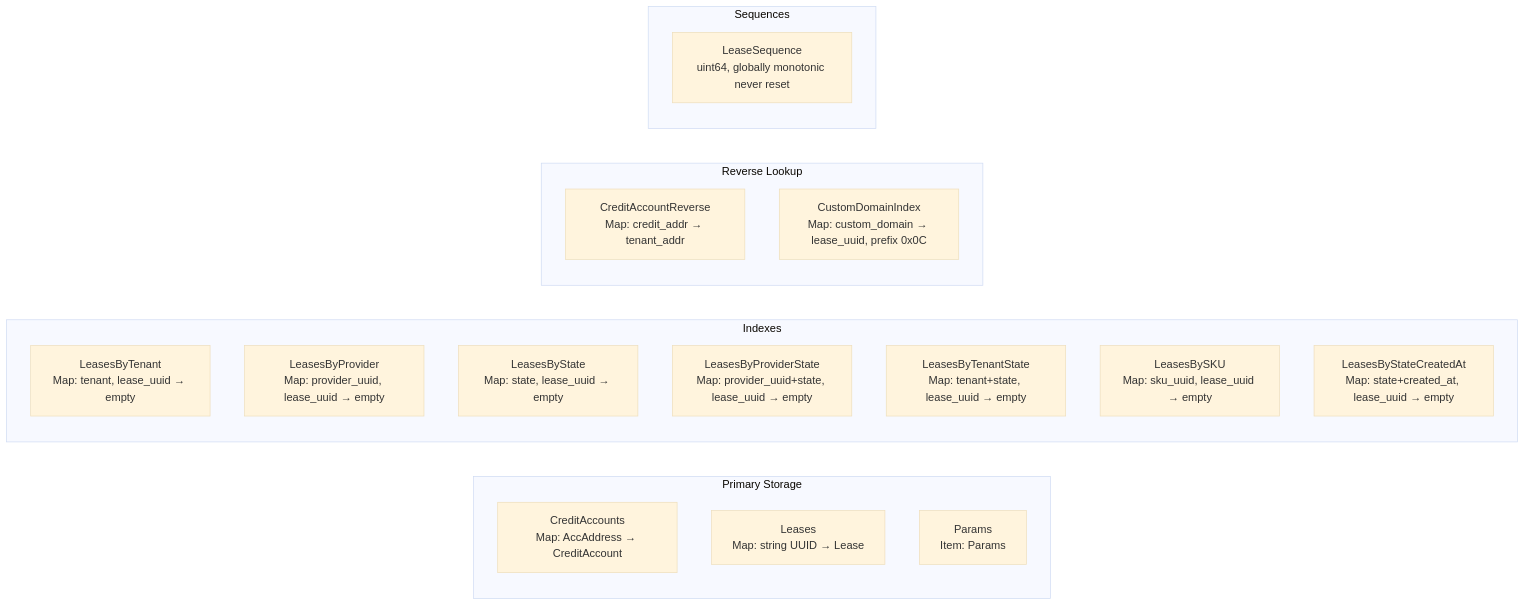
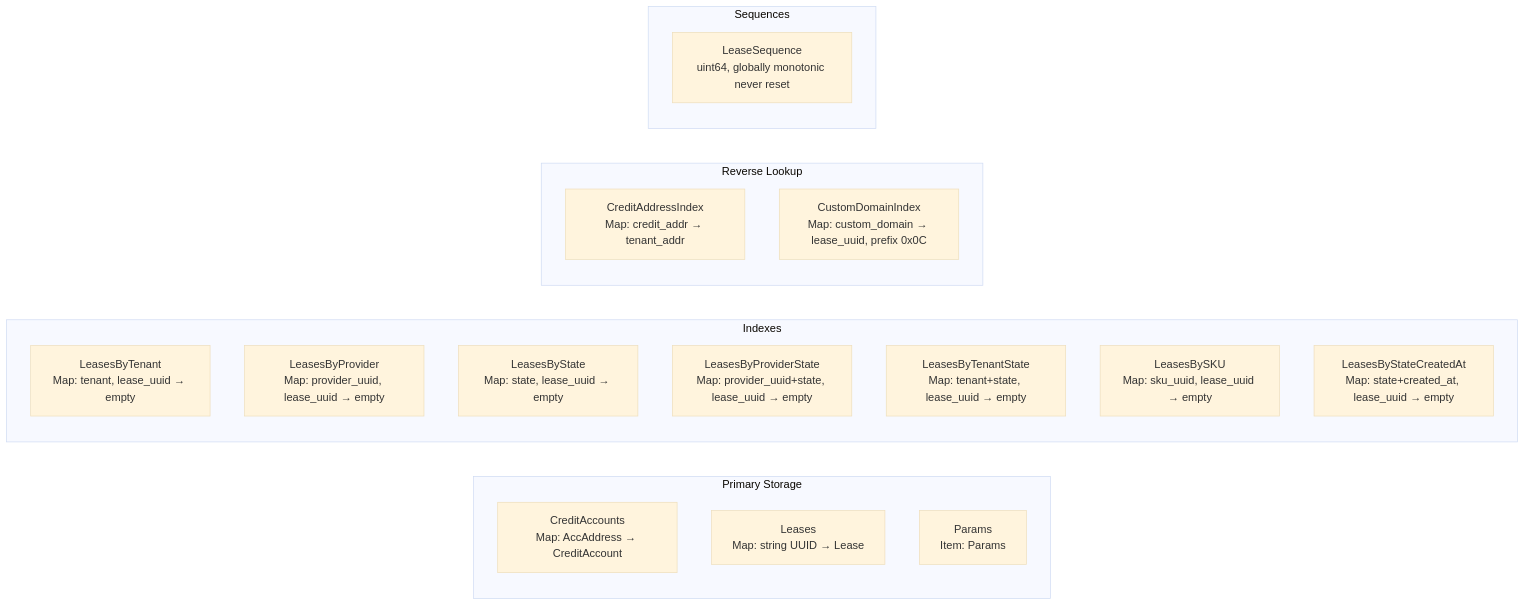
The third of 13 diagrams in x/billing/docs/ARCHITECTURE.md (manifest-network/manifest-ledger), drawn with Mermaid (base theme) before and after one commit. The commit also changed other lines of this file and 55 other files, not shown here.

````diff
--- a/x/billing/docs/ARCHITECTURE.md
+++ b/x/billing/docs/ARCHITECTURE.md
@@ -188,27 +195,27 @@
 ```mermaid
 graph LR
     subgraph "Primary Storage"
         CreditAccounts[CreditAccounts<br/>Map: AccAddress → CreditAccount]
         Leases[Leases<br/>Map: string UUID → Lease]
         Params[Params<br/>Item: Params]
     end
 
     subgraph "Indexes"
         TenantIdx[LeasesByTenant<br/>Map: tenant, lease_uuid → empty]
         ProviderIdx[LeasesByProvider<br/>Map: provider_uuid, lease_uuid → empty]
         StateIdx[LeasesByState<br/>Map: state, lease_uuid → empty]
         ProviderStateIdx[LeasesByProviderState<br/>Map: provider_uuid+state, lease_uuid → empty]
         TenantStateIdx[LeasesByTenantState<br/>Map: tenant+state, lease_uuid → empty]
         SKUIdx[LeasesBySKU<br/>Map: sku_uuid, lease_uuid → empty]
         StateCreatedAtIdx[LeasesByStateCreatedAt<br/>Map: state+created_at, lease_uuid → empty]
     end
 
     subgraph "Reverse Lookup"
-        CreditReverse[CreditAccountReverse<br/>Map: credit_addr → tenant_addr]
+        CreditReverse[CreditAddressIndex<br/>Map: credit_addr → tenant_addr]
         CustomDomainIdx[CustomDomainIndex<br/>Map: custom_domain → lease_uuid, prefix 0x0C]
     end
 
     subgraph "Sequences"
         LeaseSeq[LeaseSequence<br/>uint64, globally monotonic never reset]
     end
 ```
````
